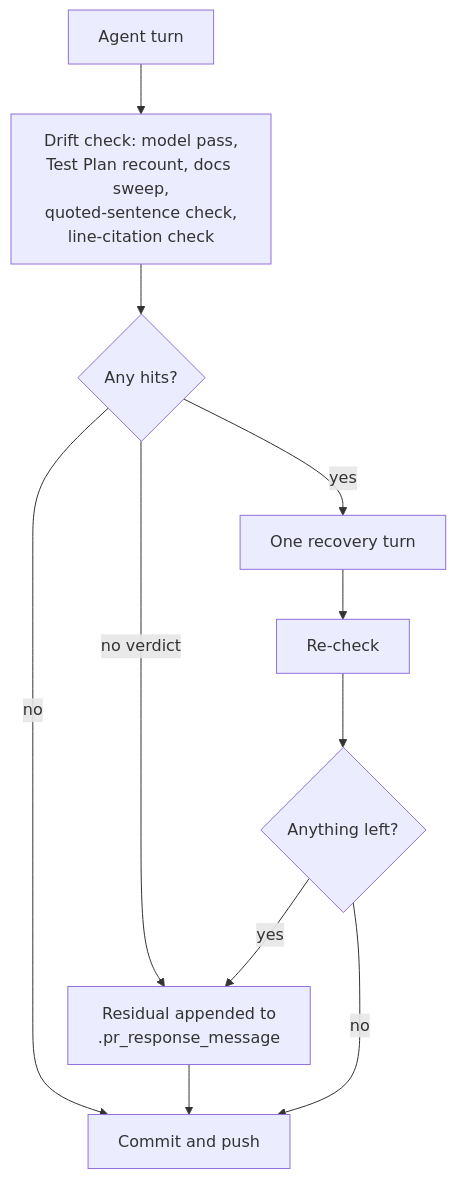
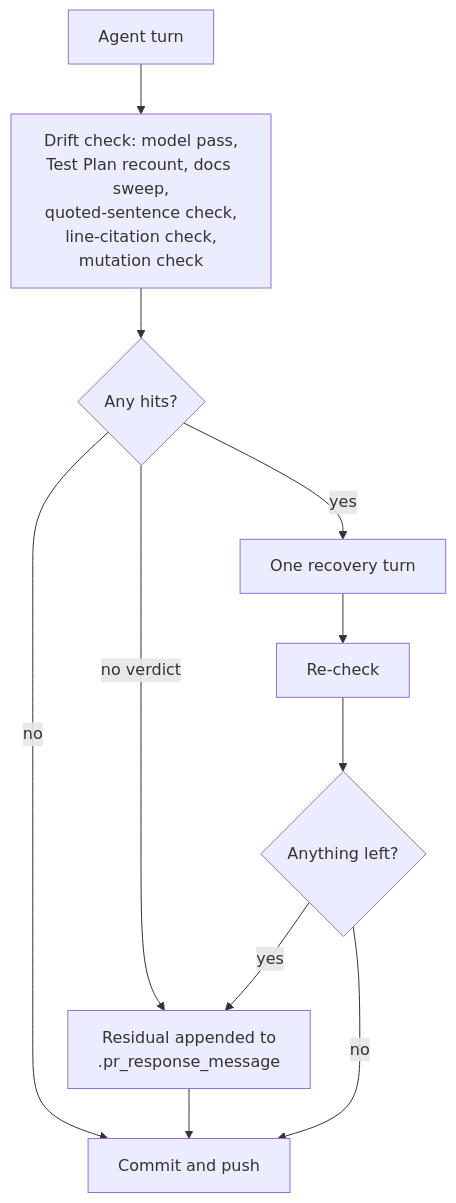
The fifth of 11 diagrams in docs/workflows/pr-feedback.md (stSoftwareAU/VibeCoder), drawn with Mermaid before and after one commit. The commit also changed other lines of this file and 16 other files, not shown here.

````diff
--- a/docs/workflows/pr-feedback.md
+++ b/docs/workflows/pr-feedback.md
@@ -595,13 +613,13 @@
 ```mermaid
 flowchart TD
-    A["Agent turn"] --> D["Drift check: model pass,<br/>Test Plan recount, docs sweep,<br/>quoted-sentence check,<br/>line-citation check"]
+    A["Agent turn"] --> D["Drift check: model pass,<br/>Test Plan recount, docs sweep,<br/>quoted-sentence check,<br/>line-citation check,<br/>mutation check"]
     D --> H{"Any hits?"}
     H -- no --> P["Commit and push"]
     H -- "no verdict" --> N["Residual appended to<br/>.pr_response_message"]
     H -- yes --> R["One recovery turn"]
     R --> C["Re-check"]
     C --> L{"Anything left?"}
     L -- yes --> N
     L -- no --> P
     N --> P
 ```
````
